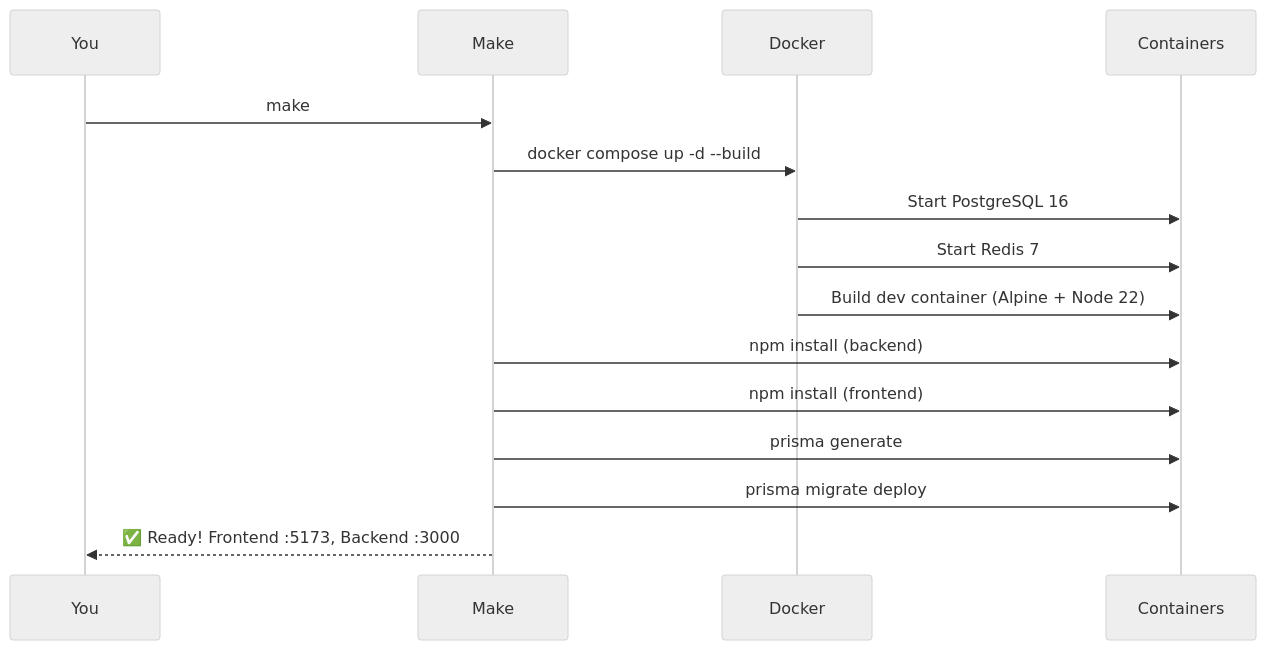
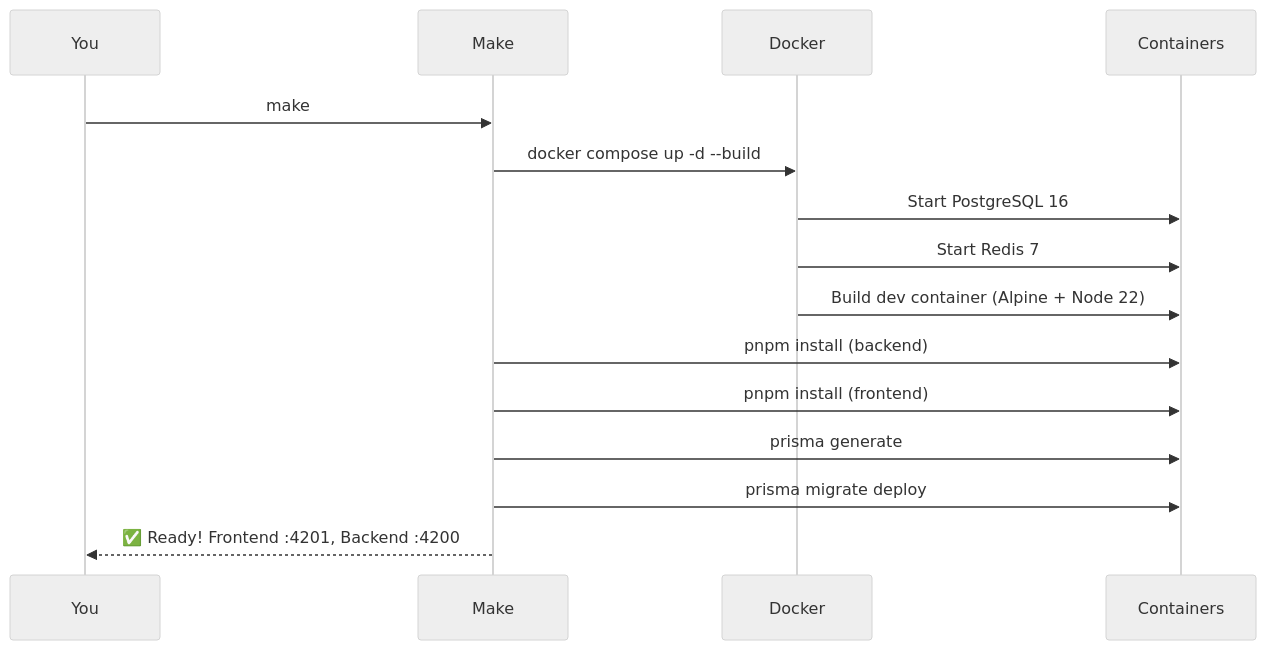
Before and after one commit to Univers42/transcendance: the diagram in docs/SETUP.md, drawn with Mermaid (neutral theme). The commit also changed other lines of this file and 31 other files, not shown here.

````diff
--- a/docs/SETUP.md
+++ b/docs/SETUP.md
@@ -36,18 +36,18 @@
 ```mermaid
 sequenceDiagram
     participant You
     participant Make
     participant Docker
     participant Containers
 
     You->>Make: make
     Make->>Docker: docker compose up -d --build
     Docker->>Containers: Start PostgreSQL 16
     Docker->>Containers: Start Redis 7
     Docker->>Containers: Build dev container (Alpine + Node 22)
-    Make->>Containers: npm install (backend)
-    Make->>Containers: npm install (frontend)
+    Make->>Containers: pnpm install (backend)
+    Make->>Containers: pnpm install (frontend)
     Make->>Containers: prisma generate
     Make->>Containers: prisma migrate deploy
-    Make-->>You: ✅ Ready! Frontend :5173, Backend :3000
+    Make-->>You: ✅ Ready! Frontend :4201, Backend :4200
 ```
````
